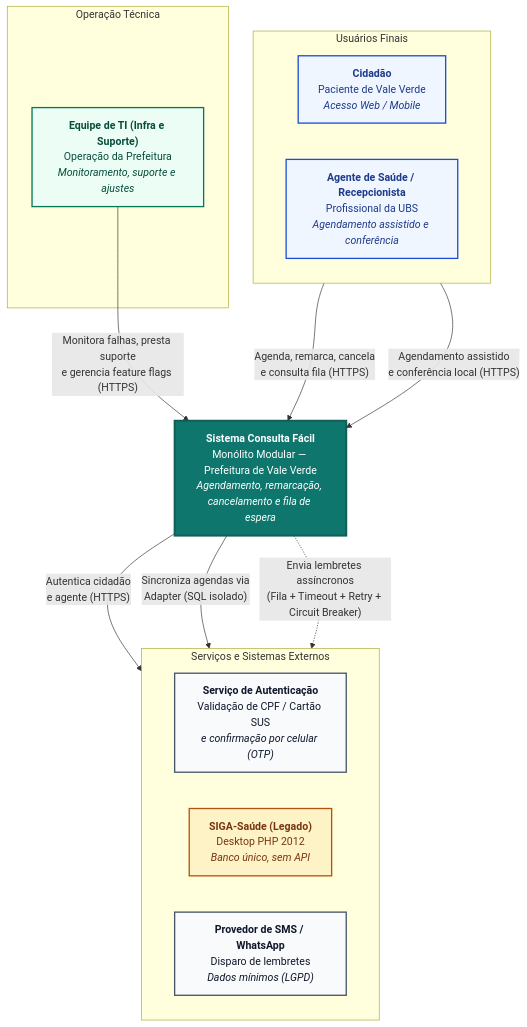
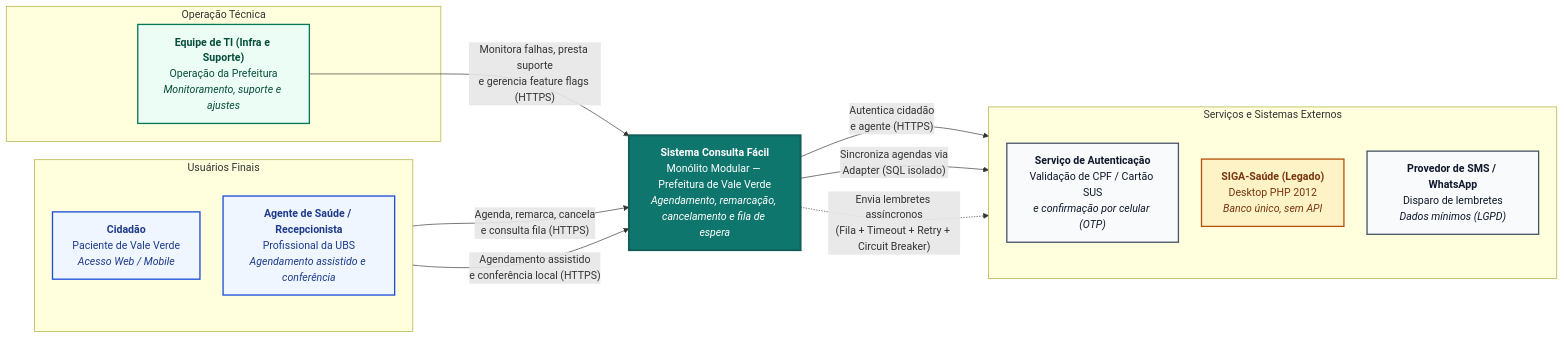
The diagram in README.md (Tizuey/A3), drawn with Mermaid before and after one commit.

````diff
--- a/README.md
+++ b/README.md
@@ -43,42 +43,42 @@
 ```mermaid
-%%{init: {'flowchart': {'nodeSpacing': 55, 'rankSpacing': 75}}}%%
-flowchart TB
+%%{init: {'flowchart': {'nodeSpacing': 35, 'rankSpacing': 85}}}%%
+flowchart LR
     subgraph USUARIOS ["Usuários Finais"]
-        direction LR
+        direction TB
         C["<b>Cidadão</b><br/>Paciente de Vale Verde<br/><i>Acesso Web / Mobile</i>"]
         A["<b>Agente de Saúde / Recepcionista</b><br/>Profissional da UBS<br/><i>Agendamento assistido e conferência</i>"]
     end
 
     subgraph OPERACAO ["Operação Técnica"]
         TI["<b>Equipe de TI (Infra e Suporte)</b><br/>Operação da Prefeitura<br/><i>Monitoramento, suporte e ajustes</i>"]
     end
 
     CF["<b>Sistema Consulta Fácil</b><br/>Monólito Modular — Prefeitura de Vale Verde<br/><i>Agendamento, remarcação, cancelamento e fila de espera</i>"]
 
     subgraph EXTERNOS ["Serviços e Sistemas Externos"]
-        direction LR
+        direction TB
         AUTH["<b>Serviço de Autenticação</b><br/>Validação de CPF / Cartão SUS<br/><i>e confirmação por celular (OTP)</i>"]
         SIGA["<b>SIGA-Saúde (Legado)</b><br/>Desktop PHP 2012<br/><i>Banco único, sem API</i>"]
         SMS["<b>Provedor de SMS / WhatsApp</b><br/>Disparo de lembretes<br/><i>Dados mínimos (LGPD)</i>"]
     end
 
     C -->|"Agenda, remarca, cancela<br/>e consulta fila (HTTPS)"| CF
     A -->|"Agendamento assistido<br/>e conferência local (HTTPS)"| CF
     TI -->|"Monitora falhas, presta suporte<br/>e gerencia feature flags (HTTPS)"| CF
 
     CF -->|"Autentica cidadão<br/>e agente (HTTPS)"| AUTH
     CF -->|"Sincroniza agendas via<br/>Adapter (SQL isolado)"| SIGA
     CF -.->|"Envia lembretes assíncronos<br/>(Fila + Timeout + Retry + Circuit Breaker)"| SMS
 
     classDef user fill:#eff6ff,stroke:#1d4ed8,stroke-width:2px,color:#1e3a8a
     classDef ops fill:#ecfdf5,stroke:#047857,stroke-width:2px,color:#064e3b
     classDef core fill:#0f766e,stroke:#115e59,stroke-width:3px,color:#ffffff
     classDef ext fill:#f8fafc,stroke:#475569,stroke-width:2px,color:#0f172a
     classDef legacy fill:#fef3c7,stroke:#b45309,stroke-width:2px,color:#78350f
 
     class C,A user
     class TI ops
     class CF core
     class AUTH,SMS ext
     class SIGA legacy
 ```
````
